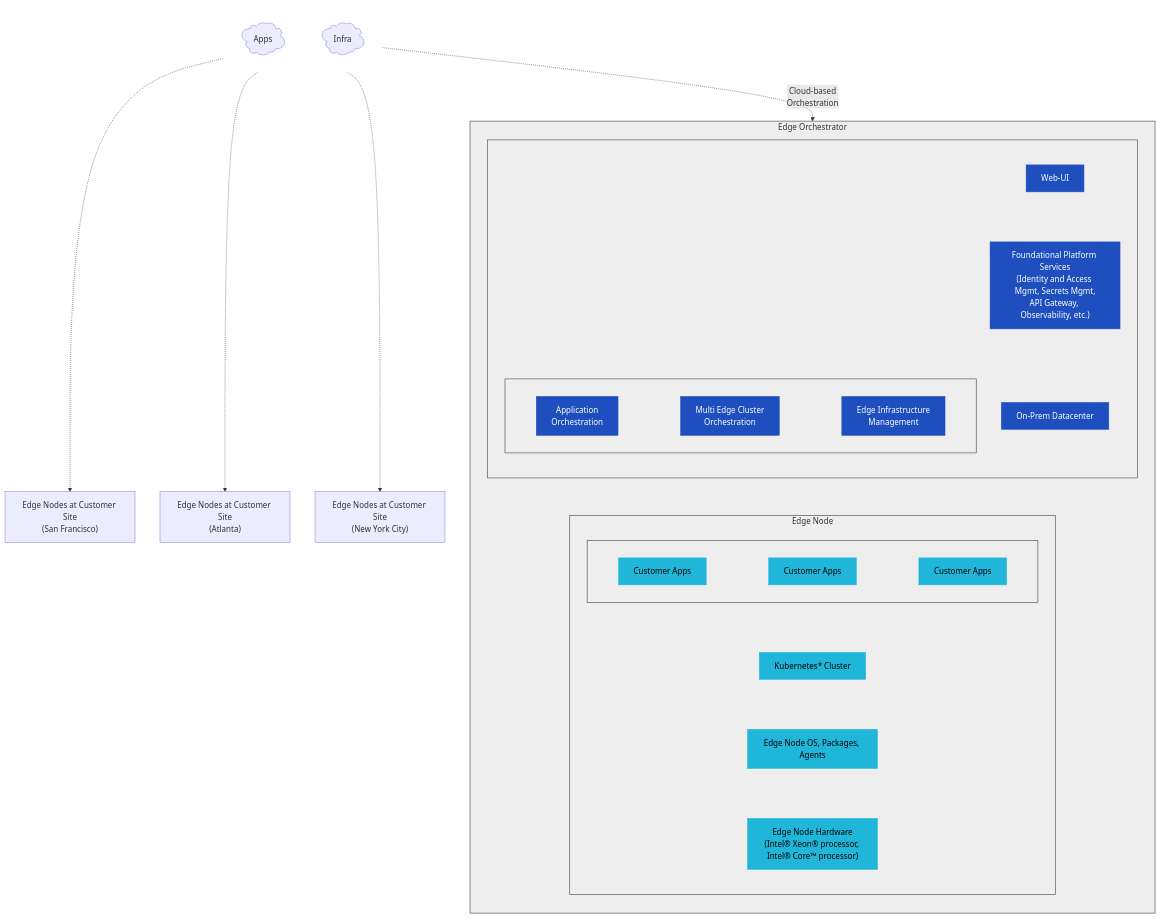
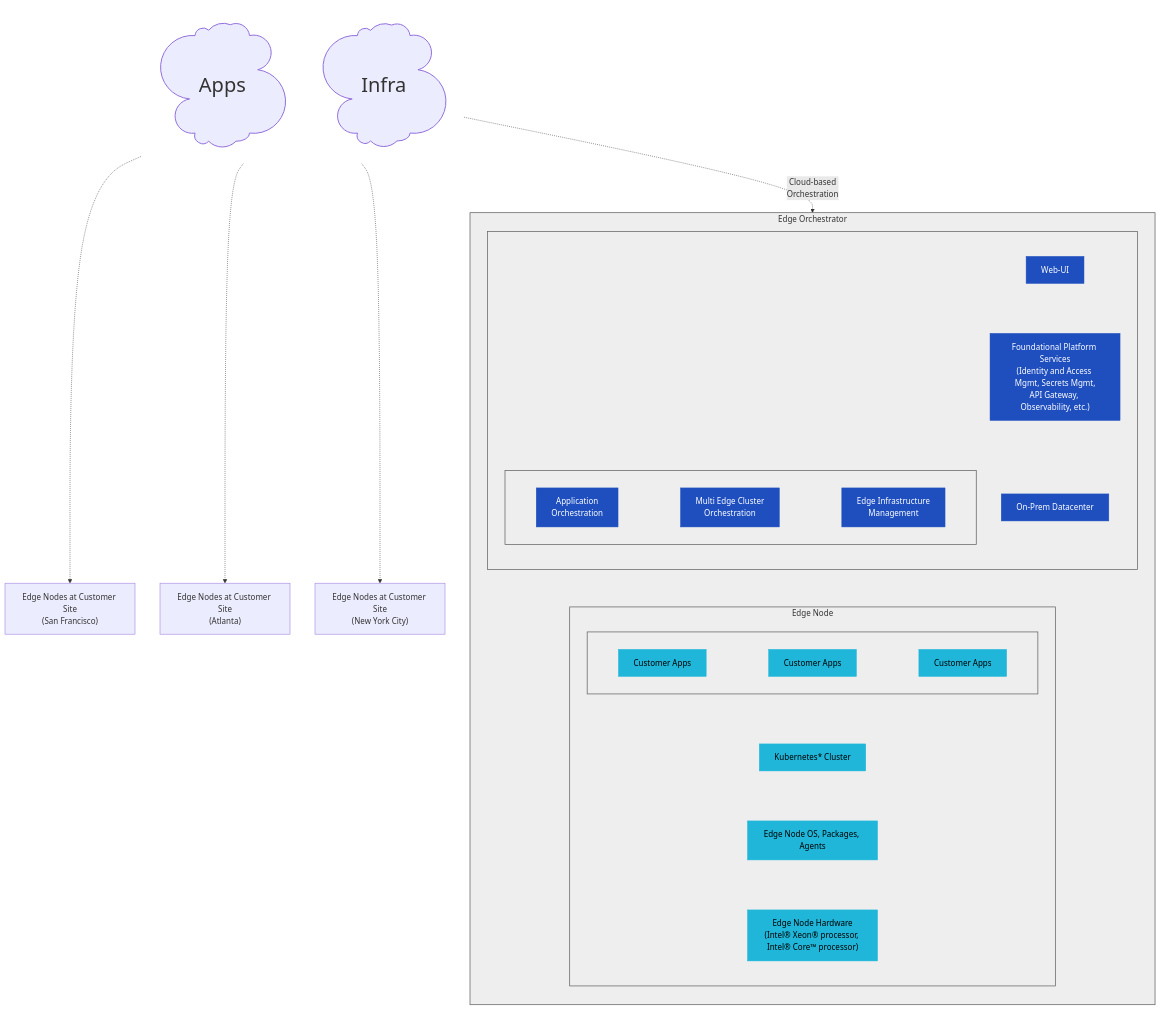
The diagram in README.md (open-edge-platform/edge-manageability-framework), drawn with Mermaid before and after one commit.

````diff
--- a/README.md
+++ b/README.md
@@ -105,4 +105,10 @@
     class WebUI,AppOrch,ClusterOrch,InfraMgmt,Platform,INFRA blue;
     class CA1,CA2,CA3,K8s,OS,HW lightblue;
     class Cloud transparent;
+
+    %% Define the style for big nodes
+    classDef bigNode font-size:40px,stroke-width:2px,padding:10px;
+    
+    %% Apply the style
+    class APPS,Infra bigNode;
 ```
````
